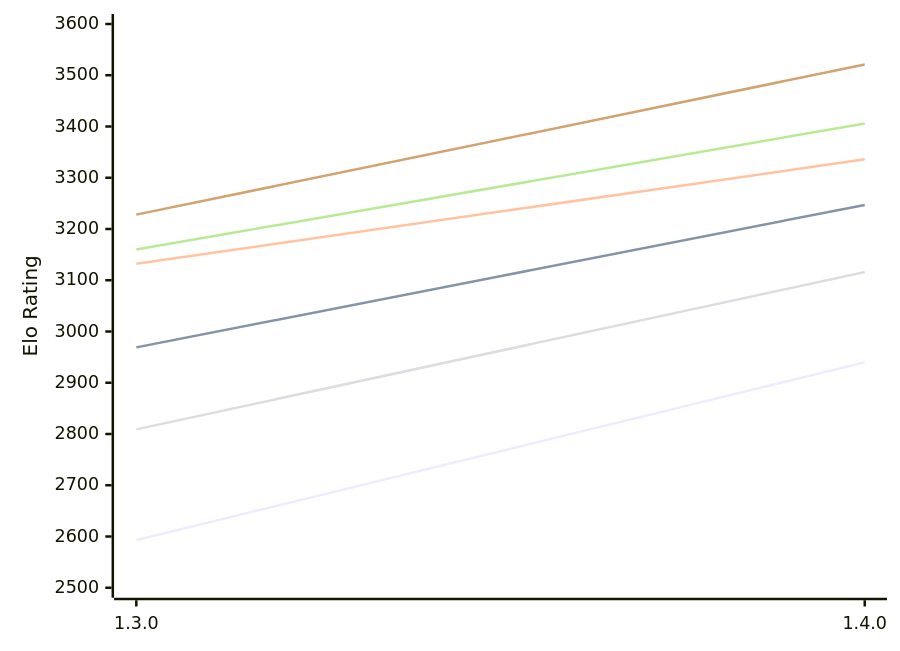
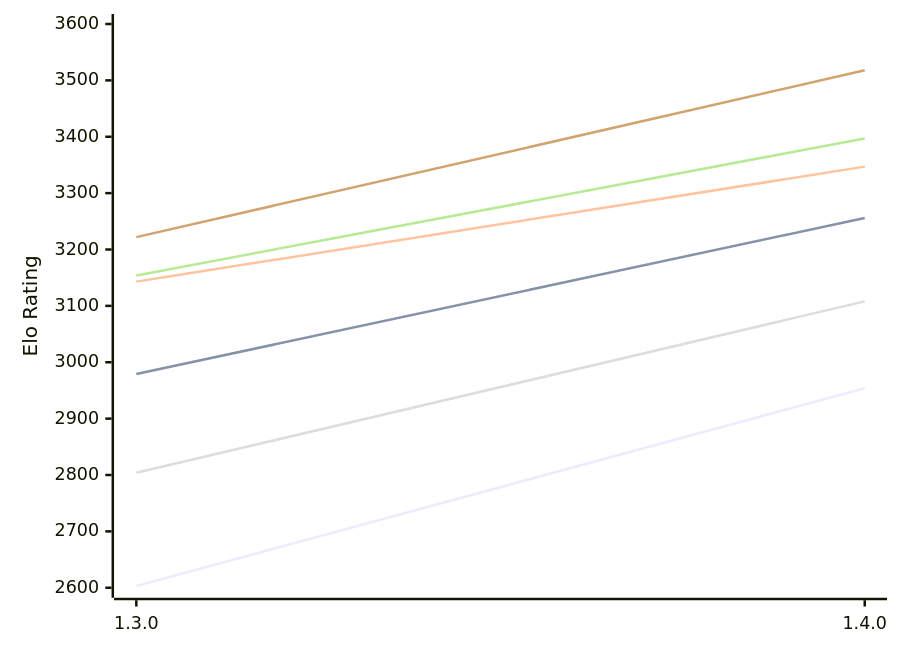
The first of 2 diagrams in engines/Ember.md (computer-chess-index/cci), drawn with Mermaid before and after one commit. The commit also changed other lines of this file, not shown here.

Commit message:
Update CCI Ratings (ELO VLTC) - 2026-11-06

````diff
--- a/engines/Ember.md
+++ b/engines/Ember.md
@@ -51,12 +51,12 @@
 ```mermaid
 %%{init: {"theme":"base","themeVariables":{"seriesColors:['#a3a3a3','#222221','#faa371']}}}%%
 xychart-beta
   x-axis ["1.3.0", "1.4.0"]
-  y-axis "Elo Rating" 2500 --> 3600
-  line "E1: STC (8.0+0.08s)" [2593, 2940]
-  line "E1: LTC (60.0+0.60s)" [2969, 3247]
-  line "E1: VLTC (2m24s+1.12s)" [3132, 3336]
-  line "P1: STC (8.0+0.08s)" [2809, 3116]
-  line "P1: LTC (60.0+0.60s)" [3160, 3406]
-  line "P1: VLTC (2m24s+1.12s)" [3228, 3521]
+  y-axis "Elo Rating" 2600 --> 3600
+  line "E1: STC (8.0+0.08s)" [2603, 2954]
+  line "E1: LTC (60.0+0.60s)" [2979, 3256]
+  line "E1: VLTC (2m24s+1.12s)" [3143, 3347]
+  line "P1: STC (8.0+0.08s)" [2804, 3108]
+  line "P1: LTC (60.0+0.60s)" [3154, 3397]
+  line "P1: VLTC (2m24s+1.12s)" [3222, 3518]
 ```
````
